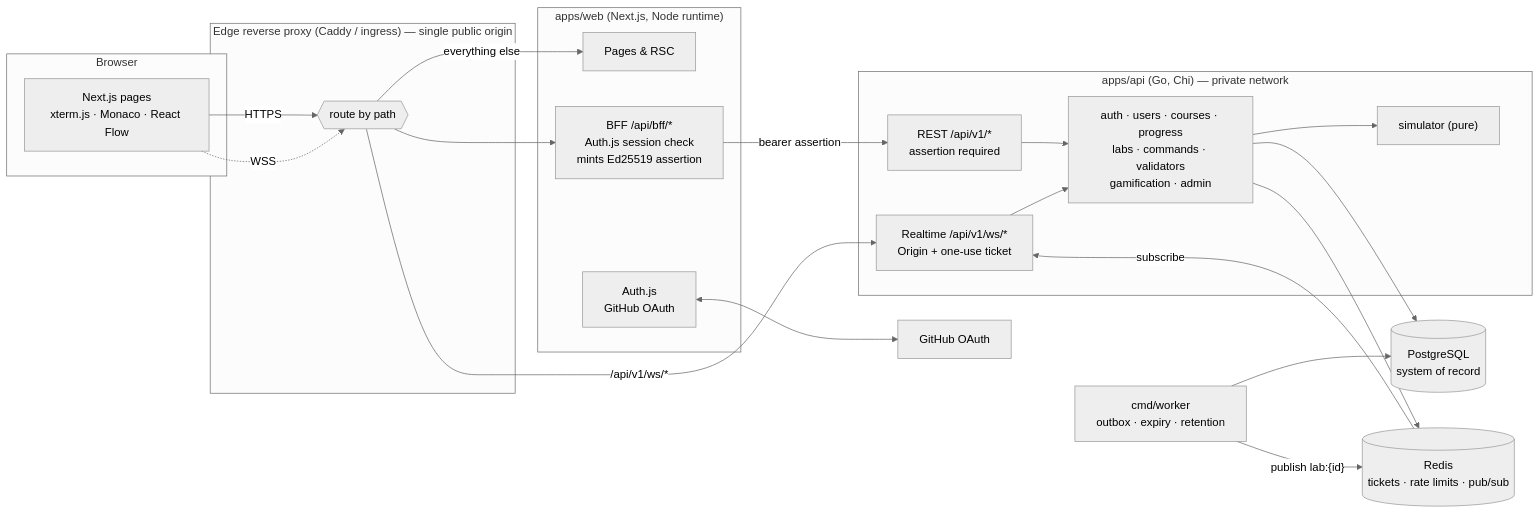
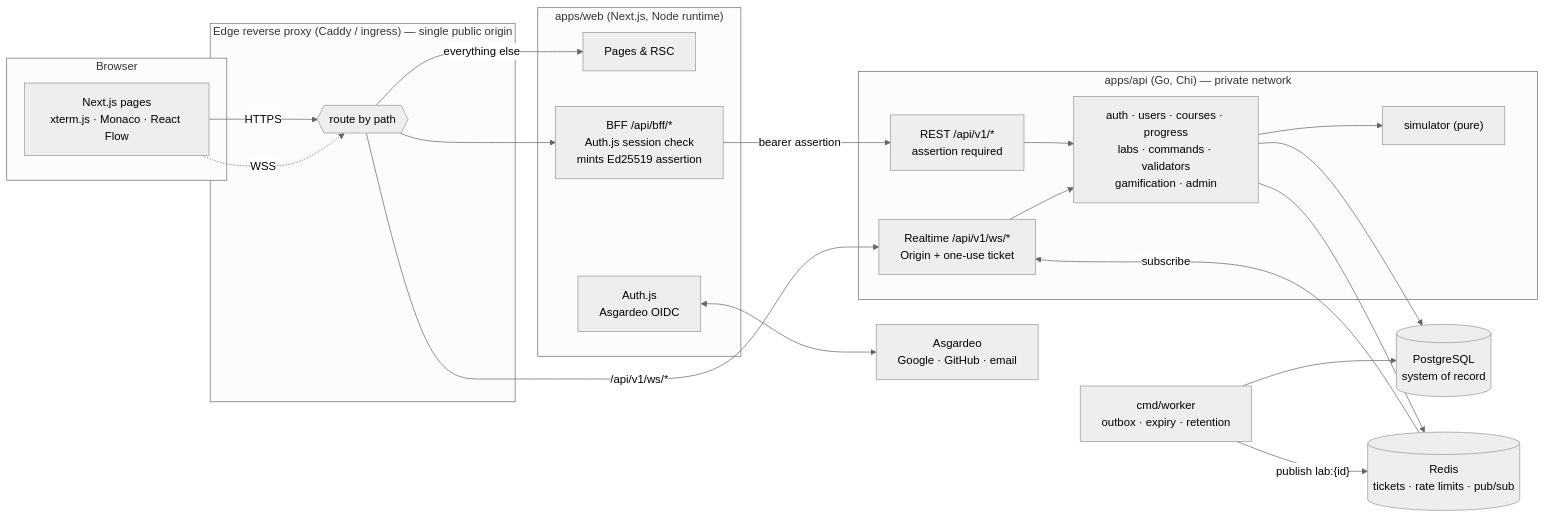
Before and after one commit to kubedojolearn/kubedojo: the first of 6 diagrams in docs/architecture/overview.md, drawn with Mermaid (neutral theme). The commit also changed other lines of this file and 59 other files, not shown here.

````diff
--- a/docs/architecture/overview.md
+++ b/docs/architecture/overview.md
@@ -8,43 +8,43 @@
 ```mermaid
 flowchart LR
     subgraph Browser
         UI["Next.js pages<br/>xterm.js · Monaco · React Flow"]
     end
 
     subgraph Edge["Edge reverse proxy (Caddy / ingress) — single public origin"]
         R{{"route by path"}}
     end
 
     subgraph Web["apps/web (Next.js, Node runtime)"]
         Pages["Pages & RSC"]
         BFF["BFF /api/bff/*<br/>Auth.js session check<br/>mints Ed25519 assertion"]
-        AuthJS["Auth.js<br/>GitHub OAuth"]
+        AuthJS["Auth.js<br/>Asgardeo OIDC"]
     end
 
     subgraph API["apps/api (Go, Chi) — private network"]
         REST["REST /api/v1/*<br/>assertion required"]
         WS["Realtime /api/v1/ws/*<br/>Origin + one-use ticket"]
         Domains["auth · users · courses · progress<br/>labs · commands · validators<br/>gamification · admin"]
         Sim["simulator (pure)"]
     end
 
     Worker["cmd/worker<br/>outbox · expiry · retention"]
     PG[("PostgreSQL<br/>system of record")]
     Redis[("Redis<br/>tickets · rate limits · pub/sub")]
-    GitHub["GitHub OAuth"]
+    Asgardeo["Asgardeo<br/>Google · GitHub · email"]
 
     UI -- "HTTPS" --> R
     UI -. "WSS" .-> R
     R -- "/api/v1/ws/*" --> WS
     R -- "everything else" --> Pages
     R --> BFF
-    AuthJS <--> GitHub
+    AuthJS <--> Asgardeo
     BFF -- "bearer assertion" --> REST
     REST --> Domains --> Sim
     WS --> Domains
     Domains --> PG
     Domains --> Redis
     Worker --> PG
     Worker -- "publish lab:{id}" --> Redis
     Redis -- "subscribe" --> WS
 ```
````
